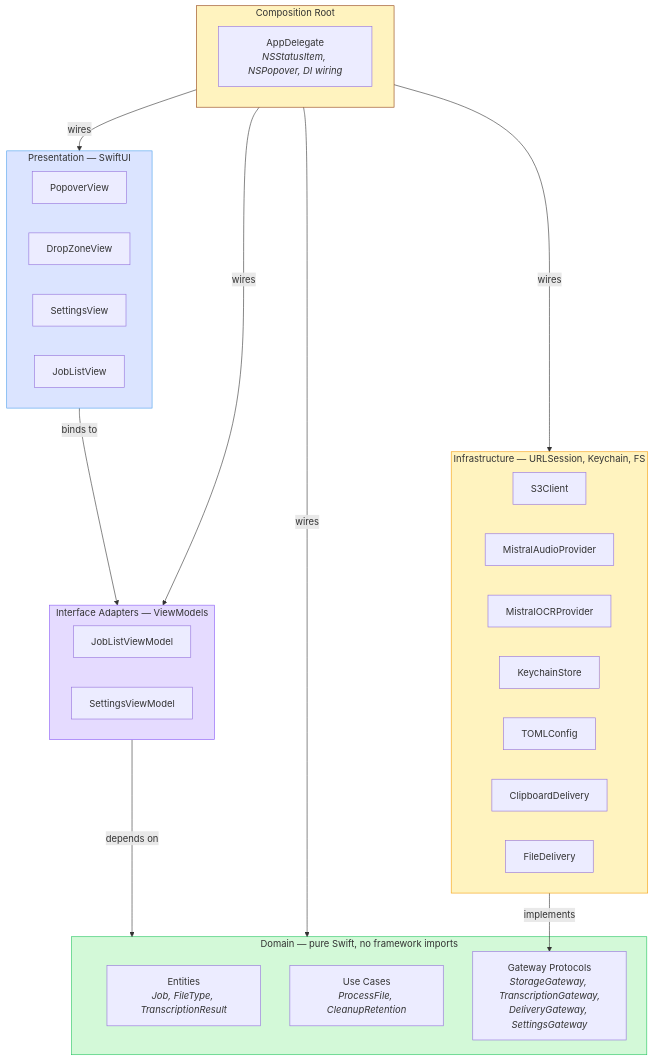
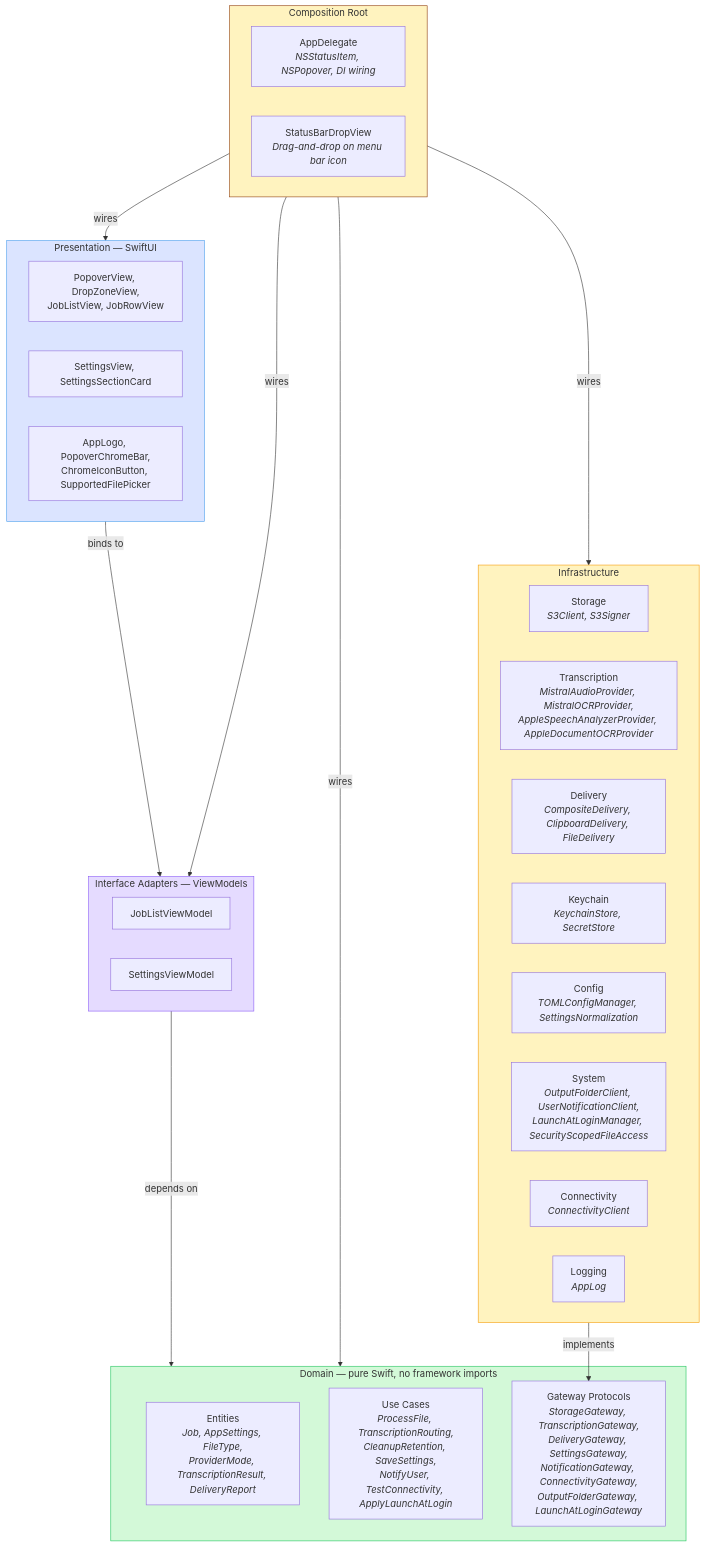
Before and after one commit to jwa91/trnscrb: the first of 2 diagrams in docs/ARCHITECTURE.md, drawn with Mermaid. The commit also changed other lines of this file, not shown here.

First line of the commit message:
Update architecture docs to match current codebase

````diff
--- a/docs/ARCHITECTURE.md
+++ b/docs/ARCHITECTURE.md
@@ -11,48 +9,49 @@
 ```mermaid
 graph TB
     subgraph Domain["Domain — pure Swift, no framework imports"]
-        Entities["Entities<br/><i>Job, FileType, TranscriptionResult</i>"]
-        UseCases["Use Cases<br/><i>ProcessFile, CleanupRetention</i>"]
-        Gateways["Gateway Protocols<br/><i>StorageGateway, TranscriptionGateway,<br/>DeliveryGateway, SettingsGateway</i>"]
+        Entities["Entities<br/><i>Job, AppSettings, FileType,<br/>ProviderMode, TranscriptionResult, DeliveryReport</i>"]
+        UseCases["Use Cases<br/><i>ProcessFile, TranscriptionRouting,<br/>CleanupRetention, SaveSettings,<br/>NotifyUser, TestConnectivity, ApplyLaunchAtLogin</i>"]
+        Gateways["Gateway Protocols<br/><i>StorageGateway, TranscriptionGateway,<br/>DeliveryGateway, SettingsGateway,<br/>NotificationGateway, ConnectivityGateway,<br/>OutputFolderGateway, LaunchAtLoginGateway</i>"]
     end
 
     subgraph Adapters["Interface Adapters — ViewModels"]
         JobListVM["JobListViewModel"]
         SettingsVM["SettingsViewModel"]
     end
 
     subgraph Presentation["Presentation — SwiftUI"]
-        PopoverView
-        DropZoneView
-        SettingsView
-        JobListView
+        Popover["PopoverView, DropZoneView,<br/>JobListView, JobRowView"]
+        Settings["SettingsView, SettingsSectionCard"]
+        Common["AppLogo, PopoverChromeBar,<br/>ChromeIconButton, SupportedFilePicker"]
     end
 
-    subgraph Infrastructure["Infrastructure — URLSession, Keychain, FS"]
-        S3Client
-        MistralAudioProvider
-        MistralOCRProvider
-        KeychainStore
-        TOMLConfig
-        ClipboardDelivery
-        FileDelivery
+    subgraph Infrastructure["Infrastructure"]
+        Storage["Storage<br/><i>S3Client, S3Signer</i>"]
+        Transcription["Transcription<br/><i>MistralAudioProvider, MistralOCRProvider,<br/>AppleSpeechAnalyzerProvider, AppleDocumentOCRProvider</i>"]
+        Delivery["Delivery<br/><i>CompositeDelivery, ClipboardDelivery, FileDelivery</i>"]
+        KeychainInfra["Keychain<br/><i>KeychainStore, SecretStore</i>"]
+        Config["Config<br/><i>TOMLConfigManager, SettingsNormalization</i>"]
+        System["System<br/><i>OutputFolderClient, UserNotificationClient,<br/>LaunchAtLoginManager, SecurityScopedFileAccess</i>"]
+        Connectivity["Connectivity<br/><i>ConnectivityClient</i>"]
+        Logging["Logging<br/><i>AppLog</i>"]
     end
 
     subgraph App["Composition Root"]
         AppDelegate["AppDelegate<br/><i>NSStatusItem, NSPopover, DI wiring</i>"]
+        StatusBar["StatusBarDropView<br/><i>Drag-and-drop on menu bar icon</i>"]
     end
 
     Adapters -->|depends on| Domain
     Presentation -->|binds to| Adapters
     Infrastructure -->|implements| Gateways
     App -->|wires| Domain
     App -->|wires| Adapters
     App -->|wires| Infrastructure
     App -->|wires| Presentation
 
     style Domain fill:#d3f9d8,stroke:#22c55e
     style Adapters fill:#e5dbff,stroke:#8b5cf6
     style Presentation fill:#dbe4ff,stroke:#4a9eed
     style Infrastructure fill:#fff3bf,stroke:#f59e0b
     style App fill:#fff3bf,stroke:#92400e
 ```
````
